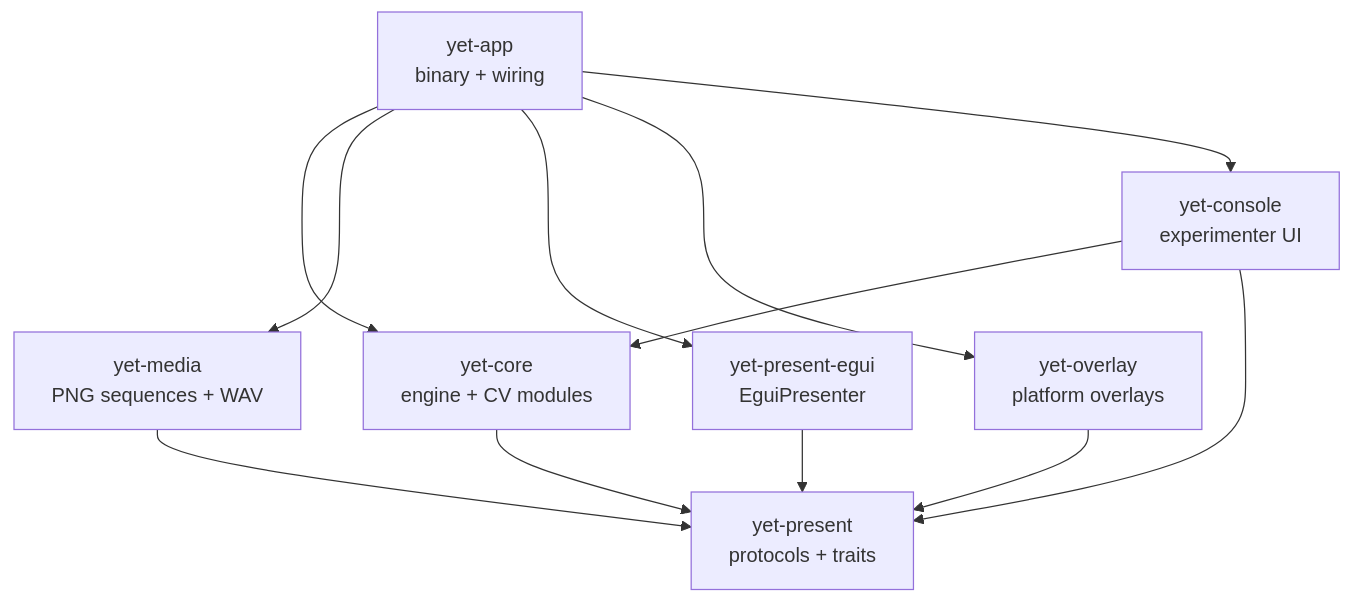
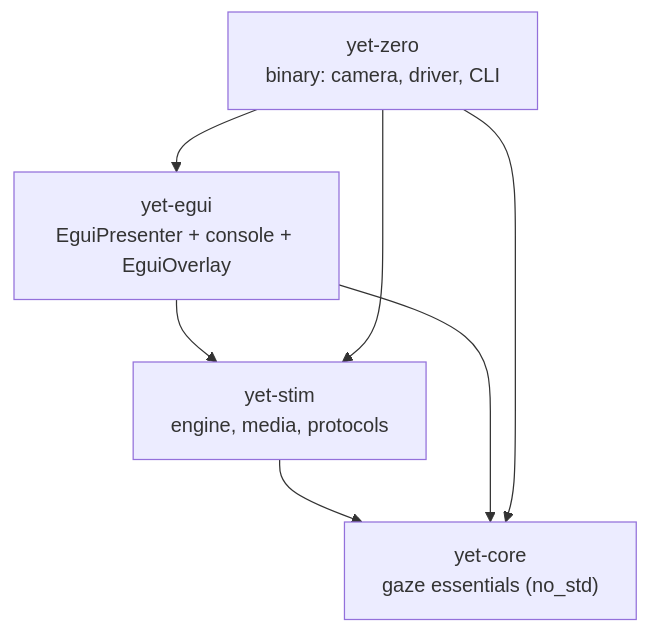
Before and after one commit to schmettow/yet-rs: the first of 2 diagrams in DEVELOPMENT_PLAN.md, drawn with Mermaid. The commit also changed other lines of this file and 138 other files, not shown here.

````diff
--- a/DEVELOPMENT_PLAN.md
+++ b/DEVELOPMENT_PLAN.md
@@ -171,22 +177,14 @@
 ```mermaid
 flowchart TD
-    present["yet-present\nprotocols + traits"]
-    core["yet-core\nengine + CV modules"]
-    media["yet-media\nPNG sequences + WAV"]
-    pe["yet-present-egui\nEguiPresenter"]
-    overlay["yet-overlay\nplatform overlays"]
-    console["yet-console\nexperimenter UI"]
-    app["yet-app\nbinary + wiring"]
+    core["yet-core\ngaze essentials (no_std)"]
+    stim["yet-stim\nengine, media, protocols"]
+    egui["yet-egui\nEguiPresenter + console + EguiOverlay"]
+    zero["yet-zero\nbinary: camera, driver, CLI"]
 
-    core --> present
-    media --> present
-    pe --> present
-    overlay --> present
-    console --> core
-    console --> present
-    app --> core
-    app --> media
-    app --> pe
-    app --> overlay
-    app --> console
+    stim --> core
+    egui --> stim
+    egui --> core
+    zero --> egui
+    zero --> stim
+    zero --> core
 ```
````
